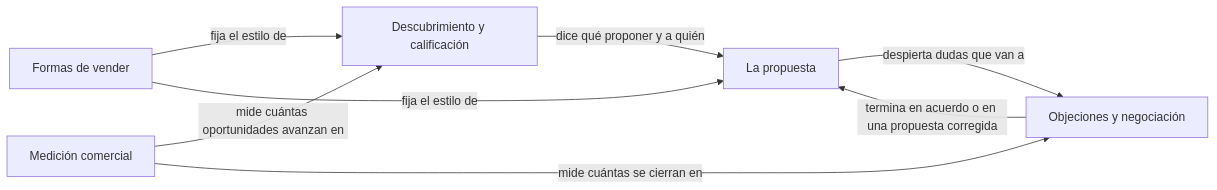
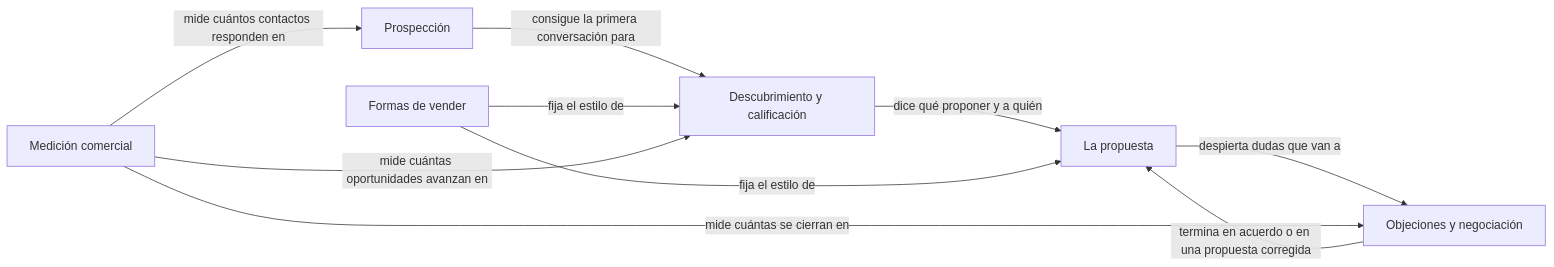
The diagram in Ventas/ventas.md (mtsdlf/conocimiento), drawn with Mermaid before and after one commit. The commit also changed other lines of this file and 13 other files, not shown here.

````diff
--- a/Ventas/ventas.md
+++ b/Ventas/ventas.md
@@ -26,10 +26,12 @@
 ```mermaid
 flowchart LR
-  D[Descubrimiento y calificación] -->|dice qué proponer y a quién| P[La propuesta]
+  R[Prospección] -->|consigue la primera conversación para| D[Descubrimiento y calificación]
+  D -->|dice qué proponer y a quién| P[La propuesta]
   P -->|despierta dudas que van a| O[Objeciones y negociación]
   O -->|termina en acuerdo o en una propuesta corregida| P
   F[Formas de vender] -->|fija el estilo de| D
   F -->|fija el estilo de| P
   M[Medición comercial] -->|mide cuántas oportunidades avanzan en| D
   M -->|mide cuántas se cierran en| O
+  M -->|mide cuántos contactos responden en| R
 ```
````
